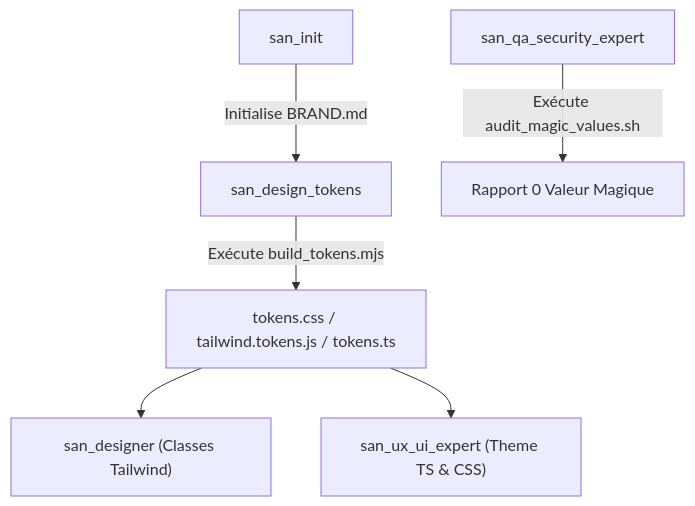
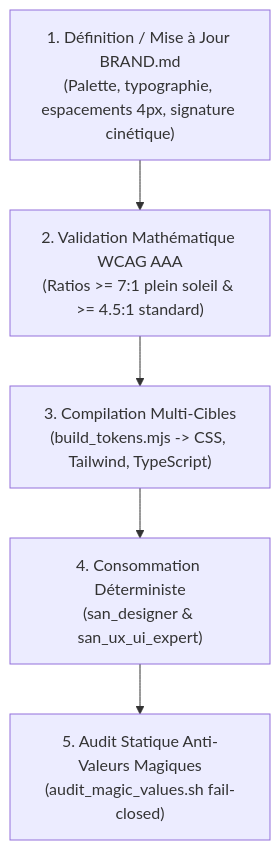
Before and after one commit to alexsan-dev/san_agy_framework: the diagram in src/skills/san_design_tokens/SKILL.md, drawn with Mermaid. The commit also changed other lines of this file and 114 other files, not shown here.

````diff
--- a/src/skills/san_design_tokens/SKILL.md
+++ b/src/skills/san_design_tokens/SKILL.md
@@ -45,8 +25,7 @@
 ```mermaid
 flowchart TD
-    INIT["san_init"] -->|Initialise BRAND.md| TOKENS["san_design_tokens"]
-    TOKENS -->|Exécute build_tokens.mjs| COMPILE["tokens.css / tailwind.tokens.js / tokens.ts"]
-    COMPILE --> DESIGN["san_designer (Classes Tailwind)"]
-    COMPILE --> UX["san_ux_ui_expert (Theme TS & CSS)"]
-    QA["san_qa_security_expert"] -->|Exécute audit_magic_values.sh| AUDIT["Rapport 0 Valeur Magique"]
+    Step1["1. Définition / Mise à Jour BRAND.md\n(Palette, typographie, espacements 4px, signature cinétique)"] --> Step2["2. Validation Mathématique WCAG AAA\n(Ratios >= 7:1 plein soleil & >= 4.5:1 standard)"]
+    Step2 --> Step3["3. Compilation Multi-Cibles\n(build_tokens.mjs -> CSS, Tailwind, TypeScript)"]
+    Step3 --> Step4["4. Consommation Déterministe\n(san_designer & san_ux_ui_expert)"]
+    Step4 --> Step5["5. Audit Statique Anti-Valeurs Magiques\n(audit_magic_values.sh fail-closed)"]
 ```
````
